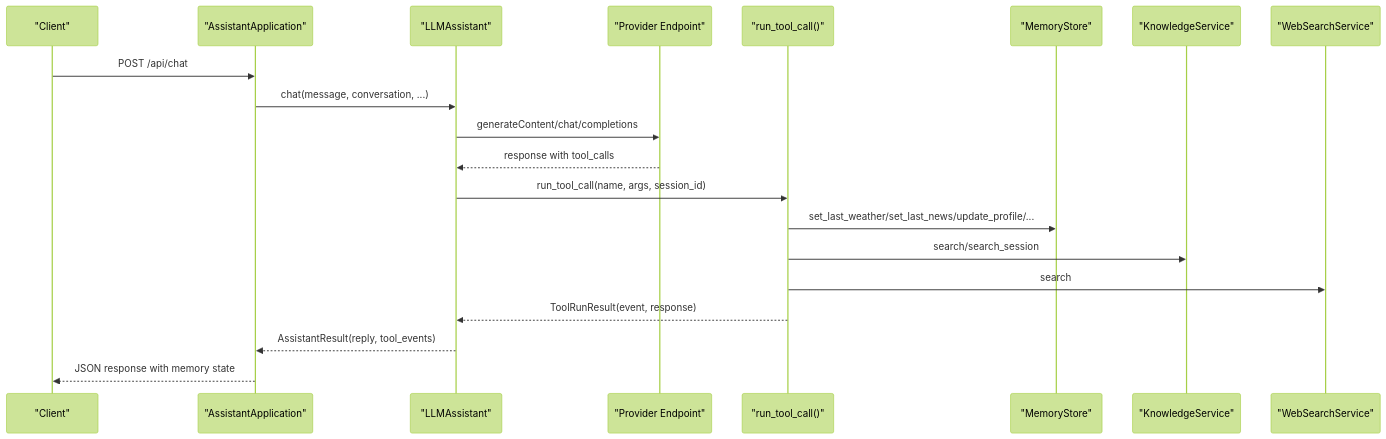
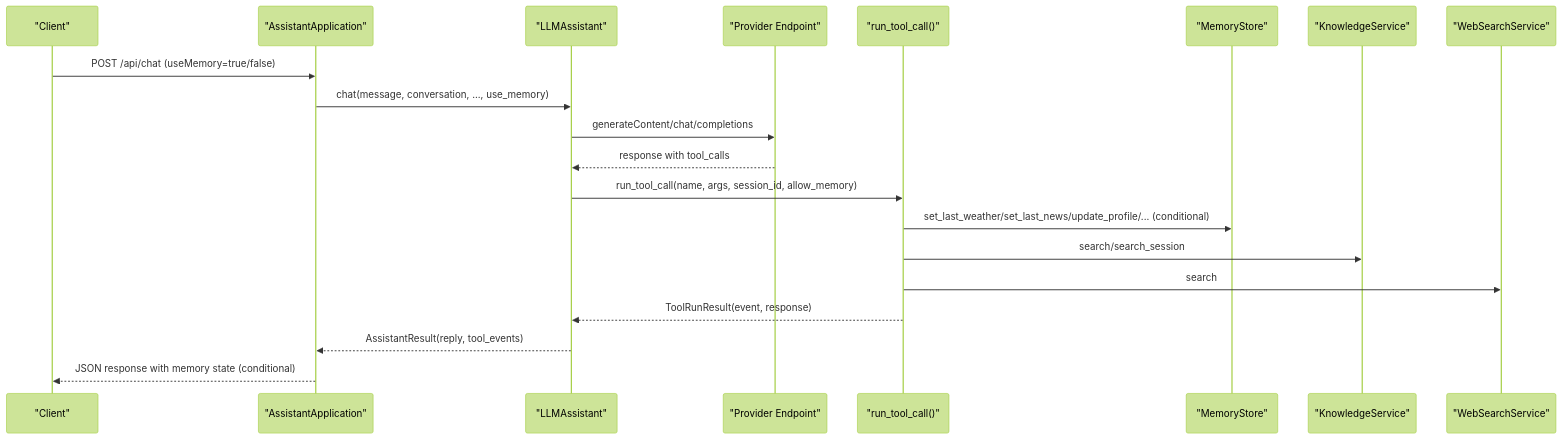
The fifth of 11 diagrams in .qoder/repowiki/en/content/System Architecture/Backend Architecture/Backend Architecture.md (Sovetsky-Soyuz/AI-Assistant), drawn with Mermaid (forest theme) before and after one commit. The commit also changed other lines of this file and 15 other files, not shown here.

````diff
--- a/.qoder/repowiki/en/content/System Architecture/Backend Architecture/Backend Architecture.md
+++ b/.qoder/repowiki/en/content/System Architecture/Backend Architecture/Backend Architecture.md
@@ -277,22 +317,22 @@
 ```mermaid
 sequenceDiagram
 participant Client as "Client"
 participant App as "AssistantApplication"
 participant LLM as "LLMAssistant"
 participant Provider as "Provider Endpoint"
 participant Tools as "run_tool_call()"
 participant MS as "MemoryStore"
 participant KB as "KnowledgeService"
 participant WS as "WebSearchService"
-Client->>App : POST /api/chat
-App->>LLM : chat(message, conversation, ...)
+Client->>App : POST /api/chat (useMemory=true/false)
+App->>LLM : chat(message, conversation, ..., use_memory)
 LLM->>Provider : generateContent/chat/completions
 Provider-->>LLM : response with tool_calls
-LLM->>Tools : run_tool_call(name, args, session_id)
-Tools->>MS : set_last_weather/set_last_news/update_profile/...
+LLM->>Tools : run_tool_call(name, args, session_id, allow_memory)
+Tools->>MS : set_last_weather/set_last_news/update_profile/... (conditional)
 Tools->>KB : search/search_session
 Tools->>WS : search
 Tools-->>LLM : ToolRunResult(event, response)
 LLM-->>App : AssistantResult(reply, tool_events)
-App-->>Client : JSON response with memory state
+App-->>Client : JSON response with memory state (conditional)
 ```
````
